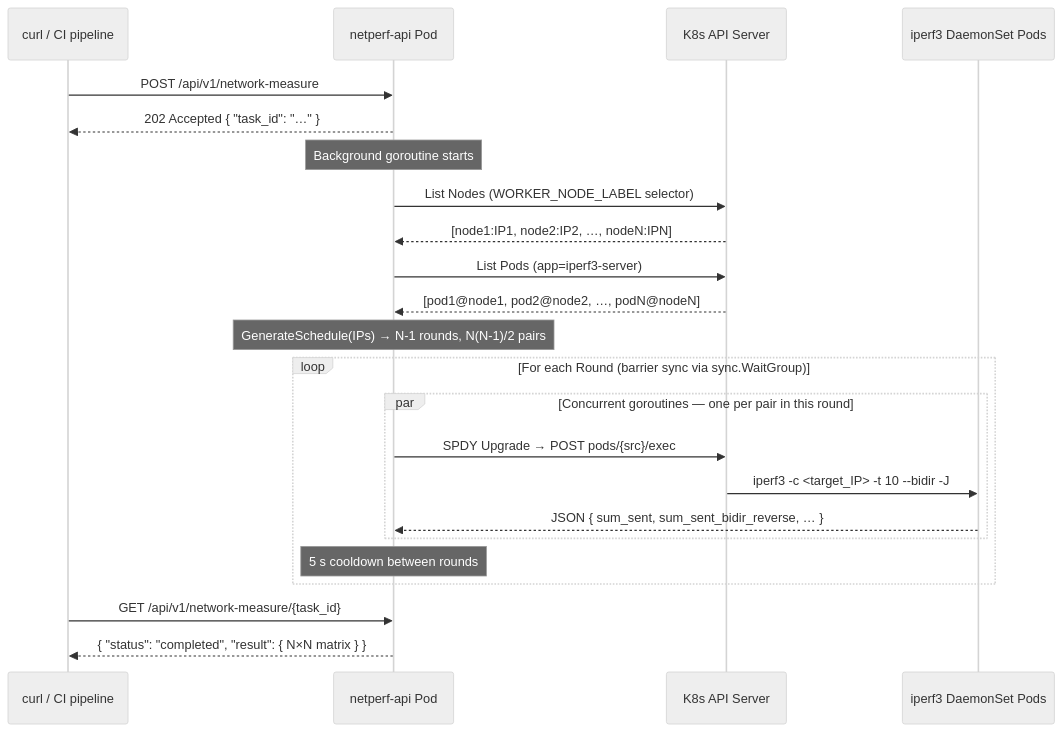
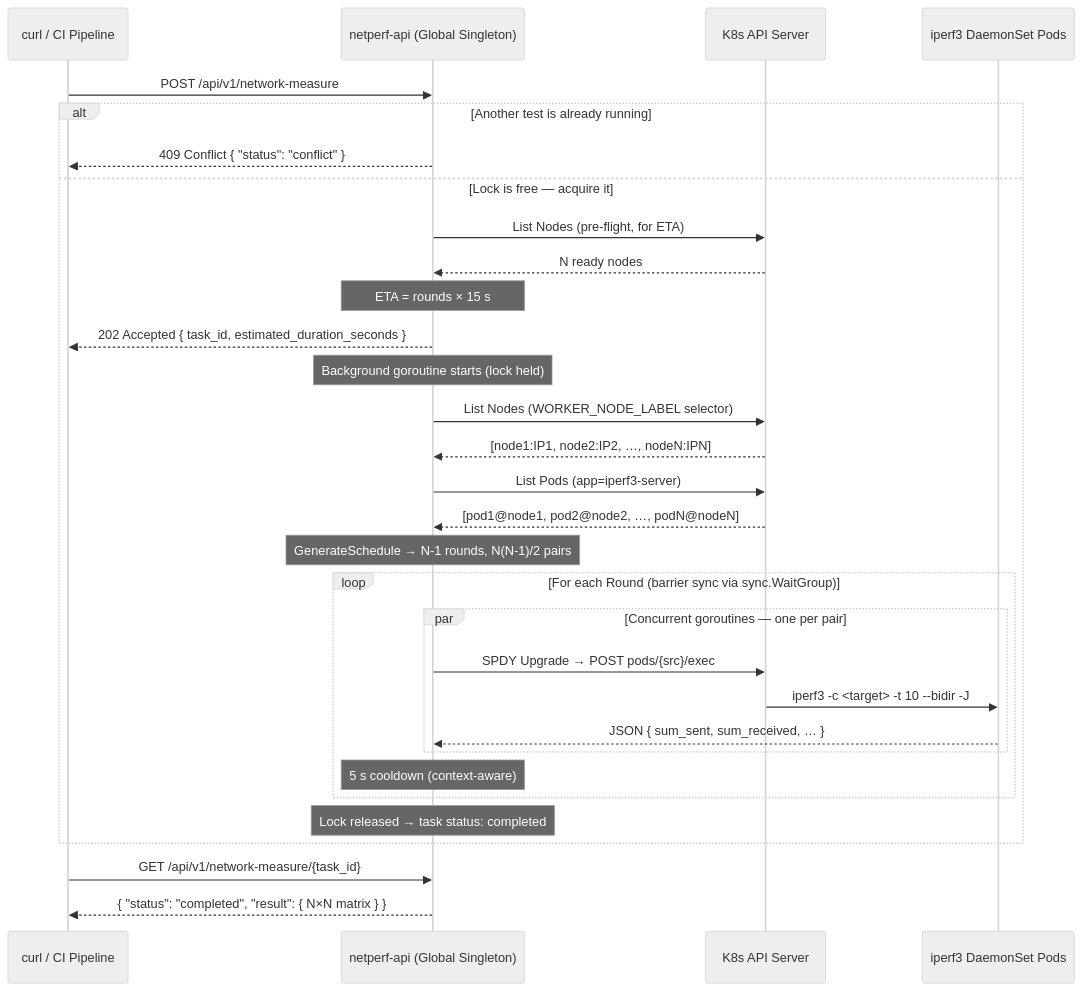
One commit to loiht2/netperf-api changed the diagram in README.md. Above: the diagram before and after it, drawn with Mermaid (neutral theme). The commit also changed other lines of this file and 7 other files, not shown here.

First line of the commit message:
feat: global lock, smart ETA, robust iperf3 parser, and docs

````diff
--- a/README.md
+++ b/README.md
@@ -11,31 +11,41 @@
 ```mermaid
 sequenceDiagram
-    participant CLI  as curl / CI pipeline
-    participant API  as netperf-api Pod
+    participant CLI  as curl / CI Pipeline
+    participant API  as netperf-api (Global Singleton)
     participant K8s  as K8s API Server
     participant DS   as iperf3 DaemonSet Pods
 
     CLI  ->>  API : POST /api/v1/network-measure
-    API  -->> CLI : 202 Accepted  { "task_id": "…" }
 
-    Note over API: Background goroutine starts
+    alt Another test is already running
+        API  -->> CLI : 409 Conflict  { "status": "conflict" }
+    else Lock is free — acquire it
+        API  ->>  K8s : List Nodes  (pre-flight, for ETA)
+        K8s  -->> API : N ready nodes
+        Note over API: ETA = rounds × 15 s
+        API  -->> CLI : 202 Accepted  { task_id, estimated_duration_seconds }
 
-    API  ->>  K8s : List Nodes  (WORKER_NODE_LABEL selector)
-    K8s  -->> API : [node1:IP1, node2:IP2, …, nodeN:IPN]
-    API  ->>  K8s : List Pods   (app=iperf3-server)
-    K8s  -->> API : [pod1@node1, pod2@node2, …, podN@nodeN]
+        Note over API: Background goroutine starts (lock held)
 
-    Note over API: GenerateSchedule(IPs) → N-1 rounds, N(N-1)/2 pairs
+        API  ->>  K8s : List Nodes  (WORKER_NODE_LABEL selector)
+        K8s  -->> API : [node1:IP1, node2:IP2, …, nodeN:IPN]
+        API  ->>  K8s : List Pods   (app=iperf3-server)
+        K8s  -->> API : [pod1@node1, pod2@node2, …, podN@nodeN]
 
-    loop For each Round  (barrier sync via sync.WaitGroup)
-        par Concurrent goroutines — one per pair in this round
-            API  ->>  K8s : SPDY Upgrade → POST pods/{src}/exec
-            K8s  ->>  DS  : iperf3 -c <target_IP> -t 10 --bidir -J
-            DS   -->> API : JSON  { sum_sent, sum_sent_bidir_reverse, … }
+        Note over API: GenerateSchedule → N-1 rounds, N(N-1)/2 pairs
+
+        loop For each Round  (barrier sync via sync.WaitGroup)
+            par Concurrent goroutines — one per pair
+                API  ->>  K8s : SPDY Upgrade → POST pods/{src}/exec
+                K8s  ->>  DS  : iperf3 -c <target> -t 10 --bidir -J
+                DS   -->> API : JSON  { sum_sent, sum_received, … }
+            end
+            Note over API: 5 s cooldown (context-aware)
         end
-        Note over API: 5 s cooldown between rounds
+
+        Note over API: Lock released  →  task status: completed
     end
 
     CLI  ->>  API : GET /api/v1/network-measure/{task_id}
     API  -->> CLI : { "status": "completed", "result": { N×N matrix } }
 ```
````
